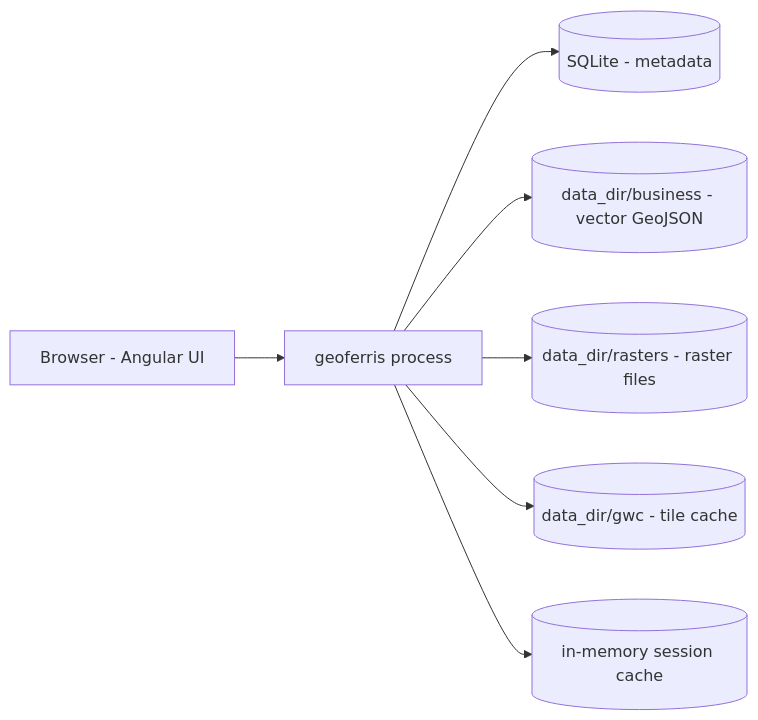
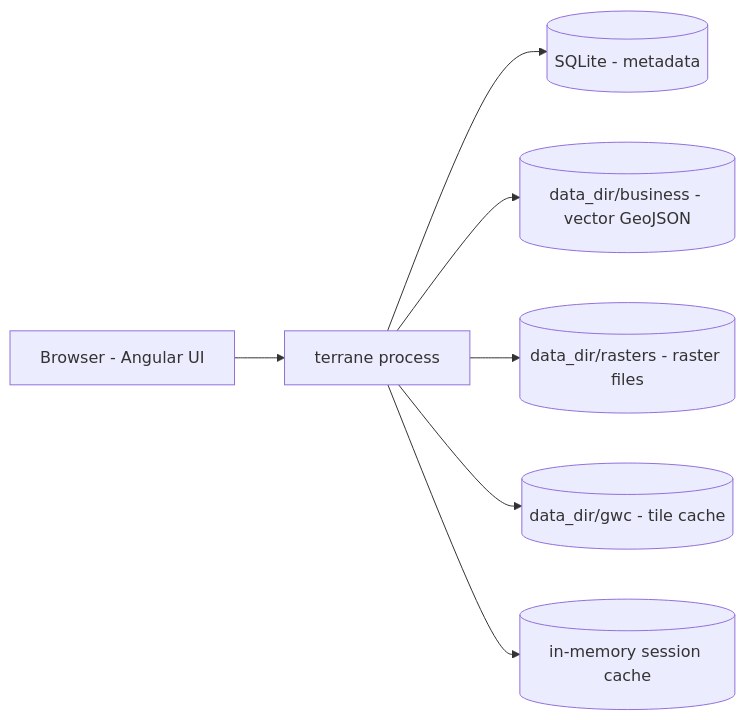
The second of 7 diagrams in docs/ARCHITECTURE.md (kakach96/Terrane), drawn with Mermaid before and after one commit. The commit also changed other lines of this file and 40 other files, not shown here.

````diff
--- a/docs/ARCHITECTURE.md
+++ b/docs/ARCHITECTURE.md
@@ -117,17 +116,17 @@
 ```mermaid
 graph LR
     Browser[Browser - Angular UI]
-    App[geoferris process]
+    App[terrane process]
     SQLite[(SQLite - metadata)]
     LocalDir[(data_dir/business - vector GeoJSON)]
     LocalRaster[(data_dir/rasters - raster files)]
     DiskCache[(data_dir/gwc - tile cache)]
     Mem[(in-memory session cache)]
 
     Browser --> App
     App --> SQLite
     App --> LocalDir
     App --> LocalRaster
     App --> DiskCache
     App --> Mem
 ```
````
